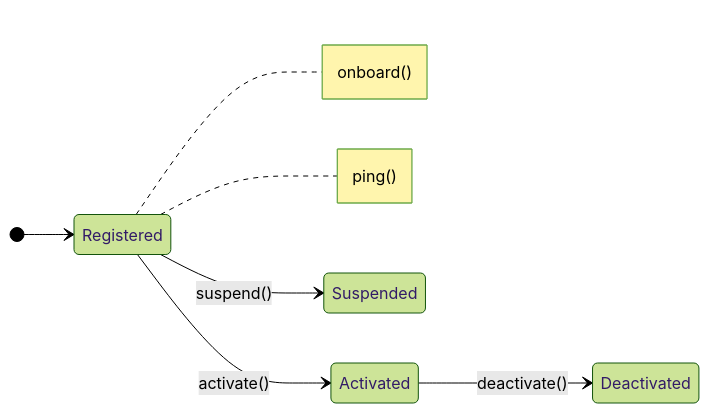
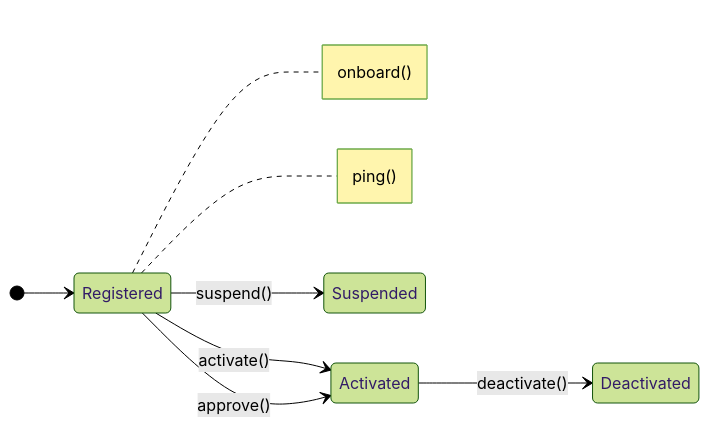
One commit to AryeoHQ/eloquent-state-machines changed the second of 2 diagrams in README.md. Above: the diagram before and after it, drawn with Mermaid (forest theme). The commit also changed other lines of this file and 10 other files, not shown here.

````diff
--- a/README.md
+++ b/README.md
@@ -433,10 +447,11 @@
 ```mermaid
 stateDiagram-v2
     direction LR
     [*] --> Registered
     note right of Registered: onboard()
     note right of Registered: ping()
     Registered --> Activated: activate()
+    Registered --> Activated: approve()
     Registered --> Suspended: suspend()
     Activated --> Deactivated: deactivate()
 ```
````
